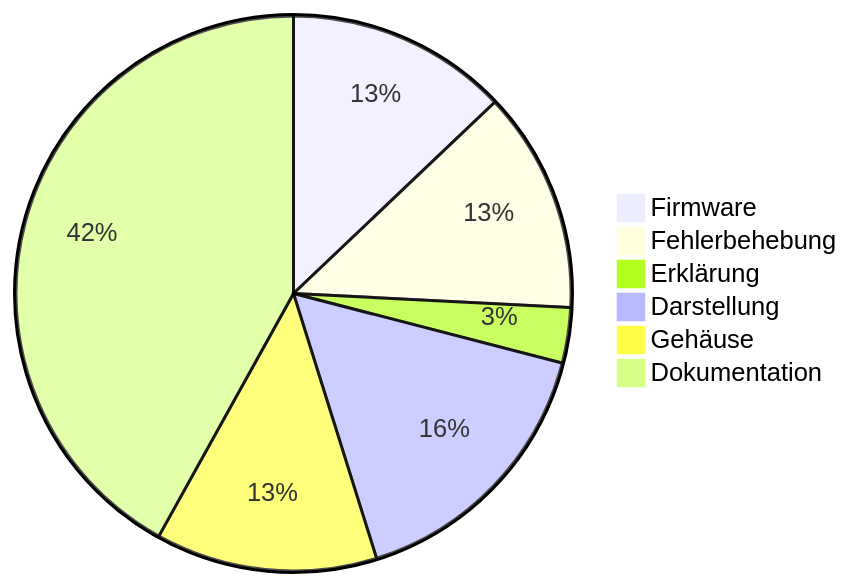
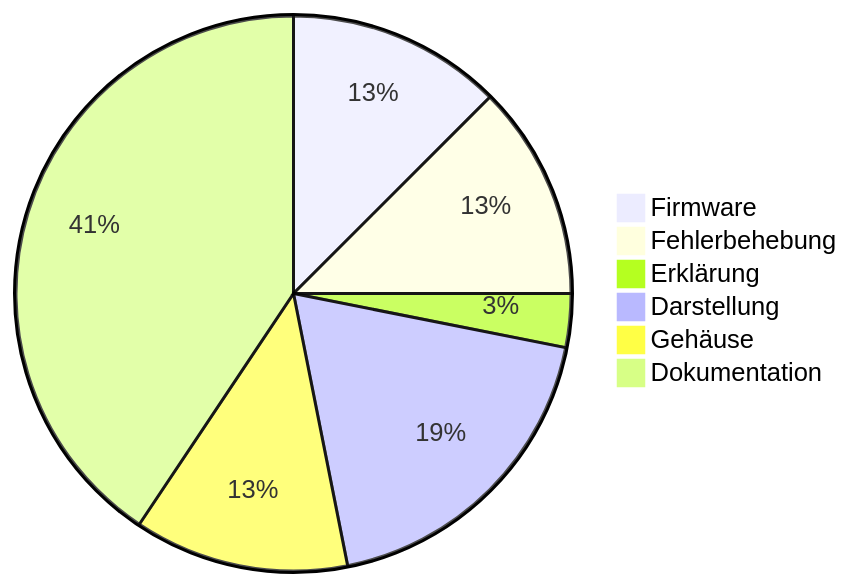
One commit to BBZ-AIFS51/LF7-Projekt_GAS changed the third of 3 diagrams in wiki/Entwicklungsverlauf.md. Above: the diagram before and after it, drawn with Mermaid. The commit also changed other lines of this file and 27 other files, not shown here.

````diff
--- a/wiki/Entwicklungsverlauf.md
+++ b/wiki/Entwicklungsverlauf.md
@@ -158,9 +161,9 @@
 ```mermaid
 pie
     "Firmware" : 4
     "Fehlerbehebung" : 4
     "Erklärung" : 1
-    "Darstellung" : 5
+    "Darstellung" : 6
     "Gehäuse" : 4
     "Dokumentation" : 13
 ```
````
